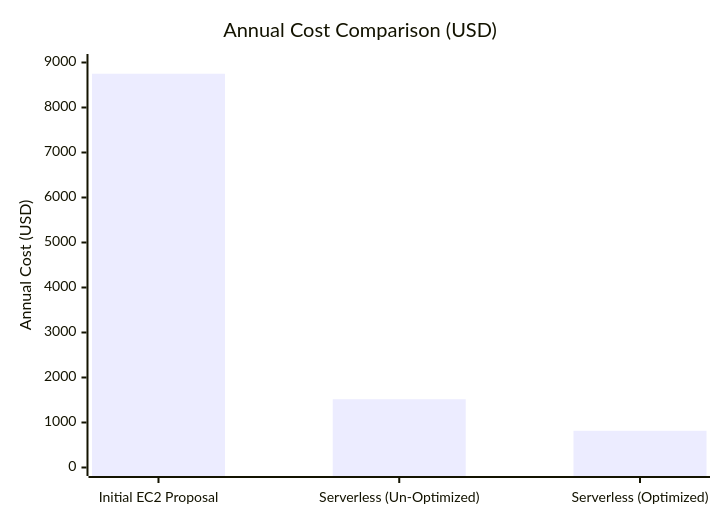
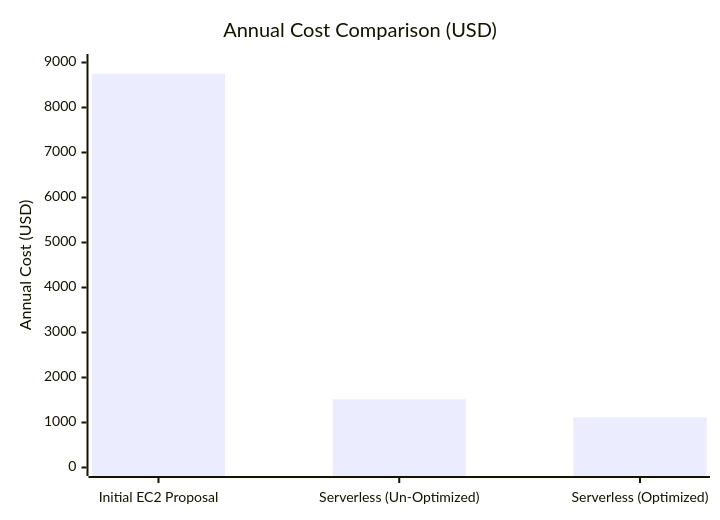
Before and after one commit to daryllmagsombol/ppcrv-poc: the fifth of 5 diagrams in COSTS.md, drawn with Mermaid. The commit also changed other lines of this file and 2 other files, not shown here.

````diff
--- a/COSTS.md
+++ b/COSTS.md
@@ -568,7 +642,7 @@
 ```mermaid
 xychart-beta
     title "Annual Cost Comparison (USD)"
     x-axis ["Initial EC2 Proposal", "Serverless (Un-Optimized)", "Serverless (Optimized)"]
     y-axis "Annual Cost (USD)" 0 --> 9000
-    bar [8750, 1517, 816]
+    bar [8750, 1517, 1117]
 ```
````
